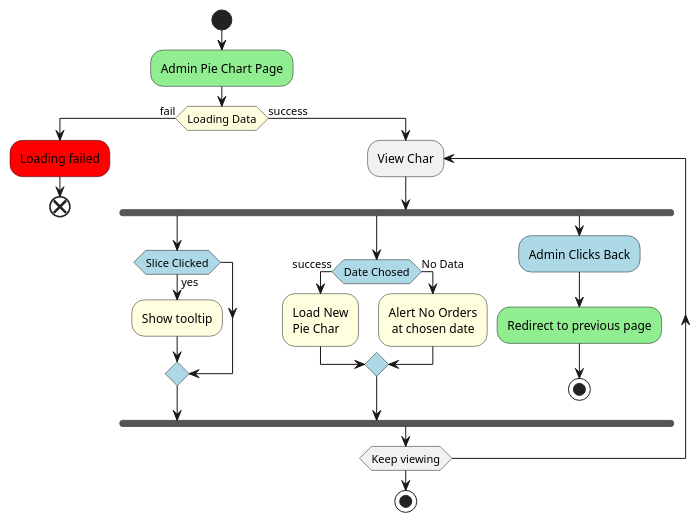
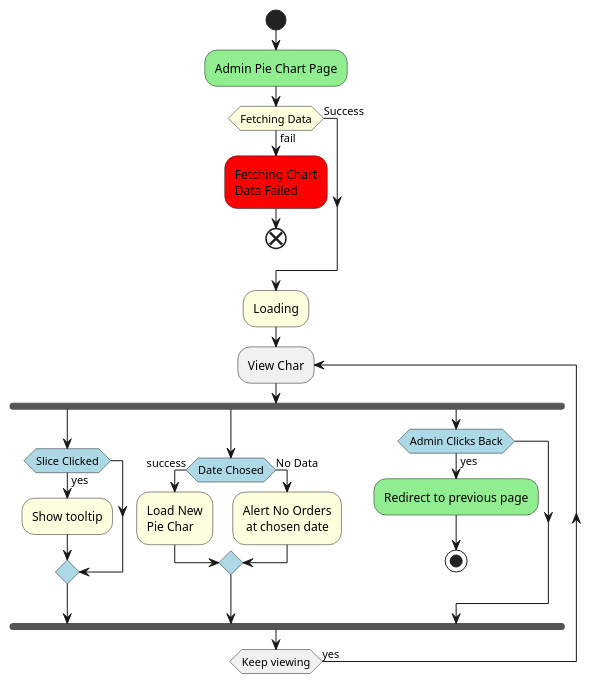
The diagram in src/components/admin/AdminPieChartDiagram.puml (MuhannadYazbak/ecommerce), drawn with PlantUML before and after one commit. The commit also changed other lines of this file and 13 other files, not shown here.

Commit message:
Activity PlantUML for all pages

```diff
--- a/src/components/admin/AdminPieChartDiagram.puml
+++ b/src/components/admin/AdminPieChartDiagram.puml
@@ -1,27 +1,30 @@
 @startuml AdminPieChatDiagram
 start
 #lightgreen:Admin Pie Chart Page;
-#lightyellow:if(Loading Data) then(fail)
-    #red:Loading failed;
-    end
-else(success)
+#lightyellow:if(Fetching Data) then(fail)
+#red:Fetching Chart\nData Failed;
+end
+else(Success)
+endif
+#lightyellow:Loading;
     repeat :View Char;
     fork
-    #lightblue:if(Slice Clicked) then(yes)
-        #lightyellow:Show tooltip;
+        #lightblue:if(Slice Clicked) then(yes)
+            #lightyellow:Show tooltip;
+        
         endif
     fork again
     #lightblue:if(Date Chosed) then(success)
         #lightyellow:Load New\nPie Char;
     else(No Data)
         #lightyellow:Alert No Orders\n at chosen date;
     endif
     fork again
-    #lightblue:Admin Clicks Back;
-        #lightgreen:Redirect to previous page;
-        stop
+        #lightblue:if(Admin Clicks Back) then(yes)
+            #lightgreen:Redirect to previous page;
+            stop
+        endif
+    end fork
+repeat while(Keep viewing) is (yes)
 
-end fork
-repeat while(Keep viewing)
-stop
 @enduml
```
